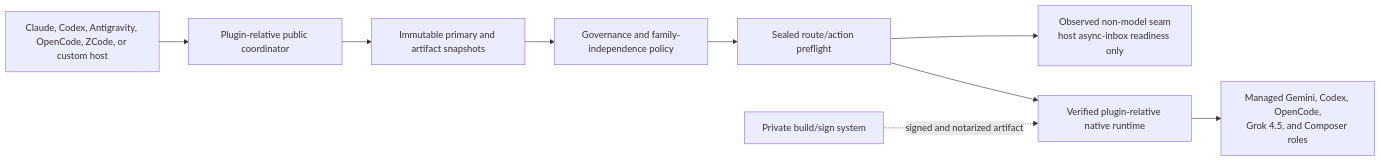
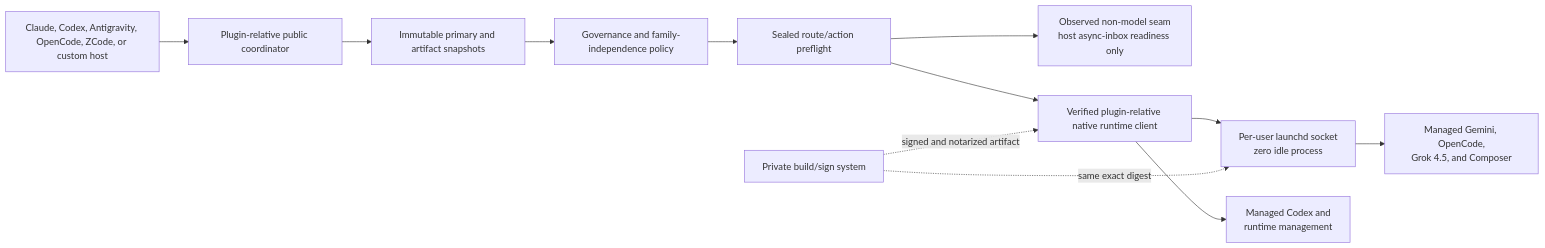
The diagram in README.md (sumitake/agent-collab), drawn with Mermaid before and after one commit. The commit also changed other lines of this file and 45 other files, not shown here.

First line of the commit message:
runtime: add zero-idle provider broker client (#7)

````diff
--- a/README.md
+++ b/README.md
@@ -92,11 +106,14 @@
 ```mermaid
 flowchart LR
     H["Claude, Codex, Antigravity, OpenCode, ZCode, or custom host"] --> C0["Plugin-relative public coordinator"]
     C0 --> P["Immutable primary and artifact snapshots"]
     P --> G["Governance and family-independence policy"]
     G --> S["Sealed route/action preflight"]
     S --> N["Observed non-model seam<br/>host async-inbox readiness only"]
-    S --> C["Verified plugin-relative native runtime"]
-    C --> X["Managed Gemini, Codex, OpenCode,<br/>Grok 4.5, and Composer roles"]
+    S --> C["Verified plugin-relative native runtime client"]
+    C --> B["Per-user launchd socket<br/>zero idle process"]
+    B --> X1["Managed Gemini, OpenCode,<br/>Grok 4.5, and Composer"]
+    C --> X2["Managed Codex and<br/>runtime management"]
     W["Private build/sign system"] -. "signed and notarized artifact" .-> C
+    W -. "same exact digest" .-> B
 ```
````
